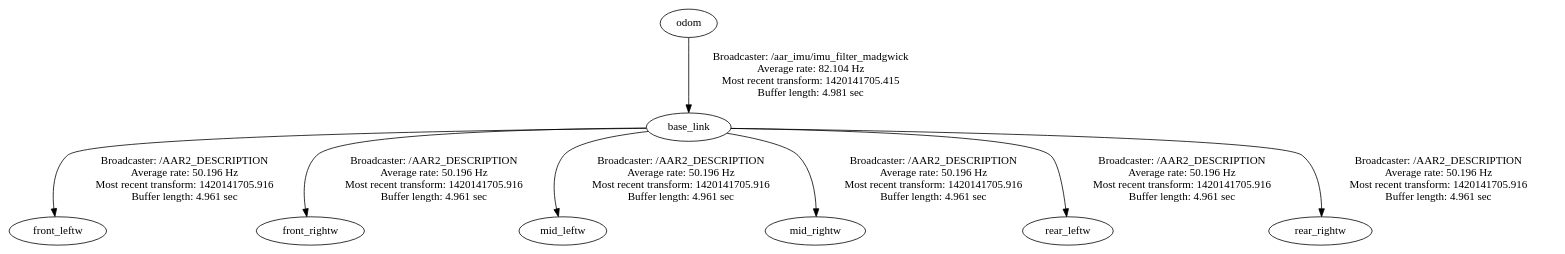
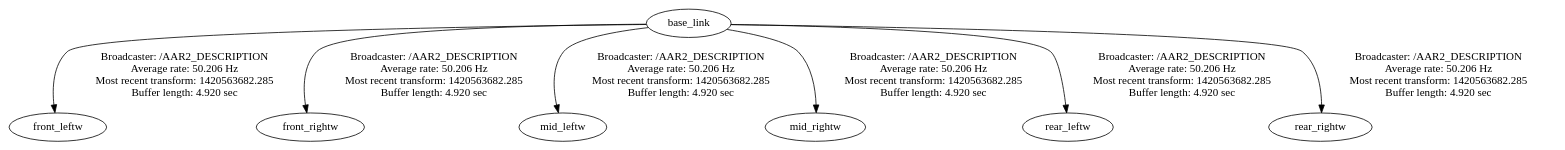
Before and after one commit to mars-uoit/aar2: the diagram in src/aar2_description/launch/frames.gv, drawn with Graphviz. The commit also changed 8 other files, not shown here.

```diff
--- a/src/aar2_description/launch/frames.gv
+++ b/src/aar2_description/launch/frames.gv
@@ -1,9 +1,8 @@
 digraph G {
-"odom" -> "base_link"[label="Broadcaster: /aar_imu/imu_filter_madgwick\nAverage rate: 82.104 Hz\nMost recent transform: 1420141705.415 \nBuffer length: 4.981 sec\n"];
-"base_link" -> "front_leftw"[label="Broadcaster: /AAR2_DESCRIPTION\nAverage rate: 50.196 Hz\nMost recent transform: 1420141705.916 \nBuffer length: 4.961 sec\n"];
-"base_link" -> "front_rightw"[label="Broadcaster: /AAR2_DESCRIPTION\nAverage rate: 50.196 Hz\nMost recent transform: 1420141705.916 \nBuffer length: 4.961 sec\n"];
-"base_link" -> "mid_leftw"[label="Broadcaster: /AAR2_DESCRIPTION\nAverage rate: 50.196 Hz\nMost recent transform: 1420141705.916 \nBuffer length: 4.961 sec\n"];
-"base_link" -> "mid_rightw"[label="Broadcaster: /AAR2_DESCRIPTION\nAverage rate: 50.196 Hz\nMost recent transform: 1420141705.916 \nBuffer length: 4.961 sec\n"];
-"base_link" -> "rear_leftw"[label="Broadcaster: /AAR2_DESCRIPTION\nAverage rate: 50.196 Hz\nMost recent transform: 1420141705.916 \nBuffer length: 4.961 sec\n"];
-"base_link" -> "rear_rightw"[label="Broadcaster: /AAR2_DESCRIPTION\nAverage rate: 50.196 Hz\nMost recent transform: 1420141705.916 \nBuffer length: 4.961 sec\n"];
+"base_link" -> "front_leftw"[label="Broadcaster: /AAR2_DESCRIPTION\nAverage rate: 50.206 Hz\nMost recent transform: 1420563682.285 \nBuffer length: 4.920 sec\n"];
+"base_link" -> "front_rightw"[label="Broadcaster: /AAR2_DESCRIPTION\nAverage rate: 50.206 Hz\nMost recent transform: 1420563682.285 \nBuffer length: 4.920 sec\n"];
+"base_link" -> "mid_leftw"[label="Broadcaster: /AAR2_DESCRIPTION\nAverage rate: 50.206 Hz\nMost recent transform: 1420563682.285 \nBuffer length: 4.920 sec\n"];
+"base_link" -> "mid_rightw"[label="Broadcaster: /AAR2_DESCRIPTION\nAverage rate: 50.206 Hz\nMost recent transform: 1420563682.285 \nBuffer length: 4.920 sec\n"];
+"base_link" -> "rear_leftw"[label="Broadcaster: /AAR2_DESCRIPTION\nAverage rate: 50.206 Hz\nMost recent transform: 1420563682.285 \nBuffer length: 4.920 sec\n"];
+"base_link" -> "rear_rightw"[label="Broadcaster: /AAR2_DESCRIPTION\nAverage rate: 50.206 Hz\nMost recent transform: 1420563682.285 \nBuffer length: 4.920 sec\n"];
 }
```
